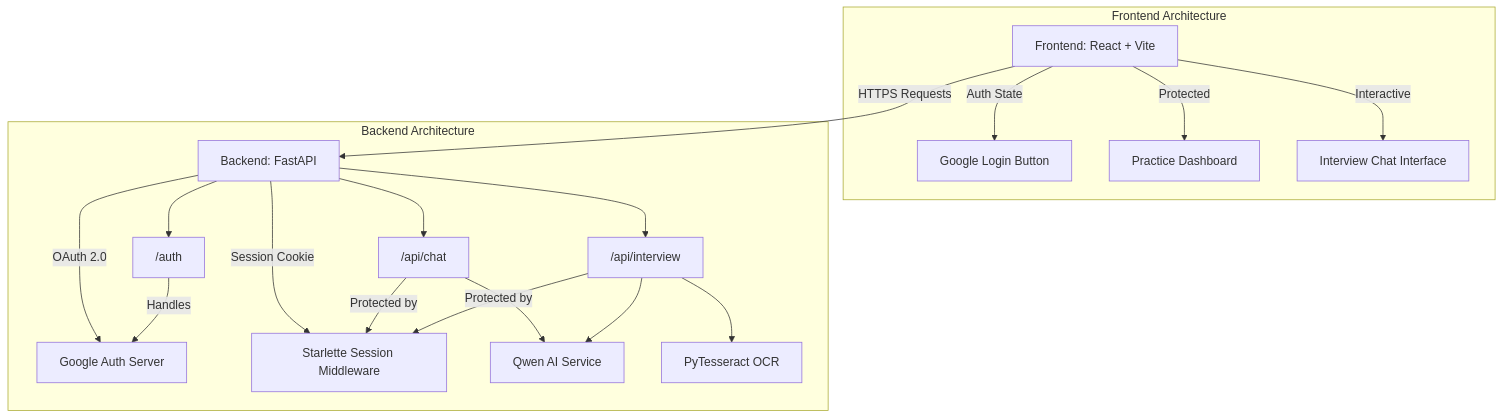
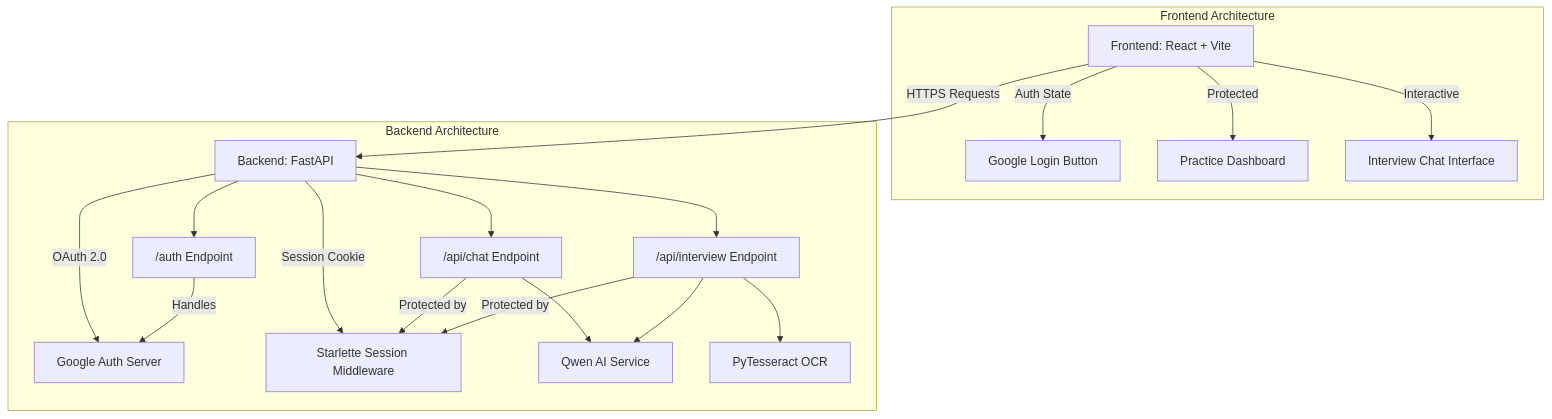
One commit to Sankesh64/AI_Interview changed the diagram in README.md. Above: the diagram before and after it, drawn with Mermaid.

Commit message:
Fix all Mermaid diagram quotes in README

````diff
--- a/README.md
+++ b/README.md
@@ -25,27 +25,27 @@
 ```mermaid
 graph TD
-    Client[Frontend: React + Vite] -->|HTTPS Requests| API_Gateway[Backend: FastAPI]
+        Client["Frontend: React + Vite"] -->|HTTPS Requests| API_Gateway["Backend: FastAPI"]
     
     subgraph Frontend Architecture
-        Client -->|Auth State| Login[Google Login Button]
-        Client -->|Protected| Dashboard[Practice Dashboard]
-        Client -->|Interactive| Chat[Interview Chat Interface]
+        Client -->|Auth State| Login["Google Login Button"]
+        Client -->|Protected| Dashboard["Practice Dashboard"]
+        Client -->|Interactive| Chat["Interview Chat Interface"]
     end
     
-    API_Gateway -->|OAuth 2.0| GoogleAuth[Google Auth Server]
-    API_Gateway -->|Session Cookie| SessionMiddleware[Starlette Session Middleware]
+    API_Gateway -->|OAuth 2.0| GoogleAuth["Google Auth Server"]
+    API_Gateway -->|Session Cookie| SessionMiddleware["Starlette Session Middleware"]
     
     subgraph Backend Architecture
-        API_Gateway --> AuthRouter["/auth"]
-        API_Gateway --> ChatRouter["/api/chat"]
-        API_Gateway --> InterviewRouter["/api/interview"]
+        API_Gateway --> AuthRouter["/auth Endpoint"]
+        API_Gateway --> ChatRouter["/api/chat Endpoint"]
+        API_Gateway --> InterviewRouter["/api/interview Endpoint"]
         
         AuthRouter -->|Handles| GoogleAuth
         ChatRouter -->|Protected by| SessionMiddleware
         InterviewRouter -->|Protected by| SessionMiddleware
         
-        ChatRouter --> QwenService[Qwen AI Service]
+        ChatRouter --> QwenService["Qwen AI Service"]
         InterviewRouter --> QwenService
-        InterviewRouter --> OCRService[PyTesseract OCR]
+        InterviewRouter --> OCRService["PyTesseract OCR"]
     end
 ```
````
